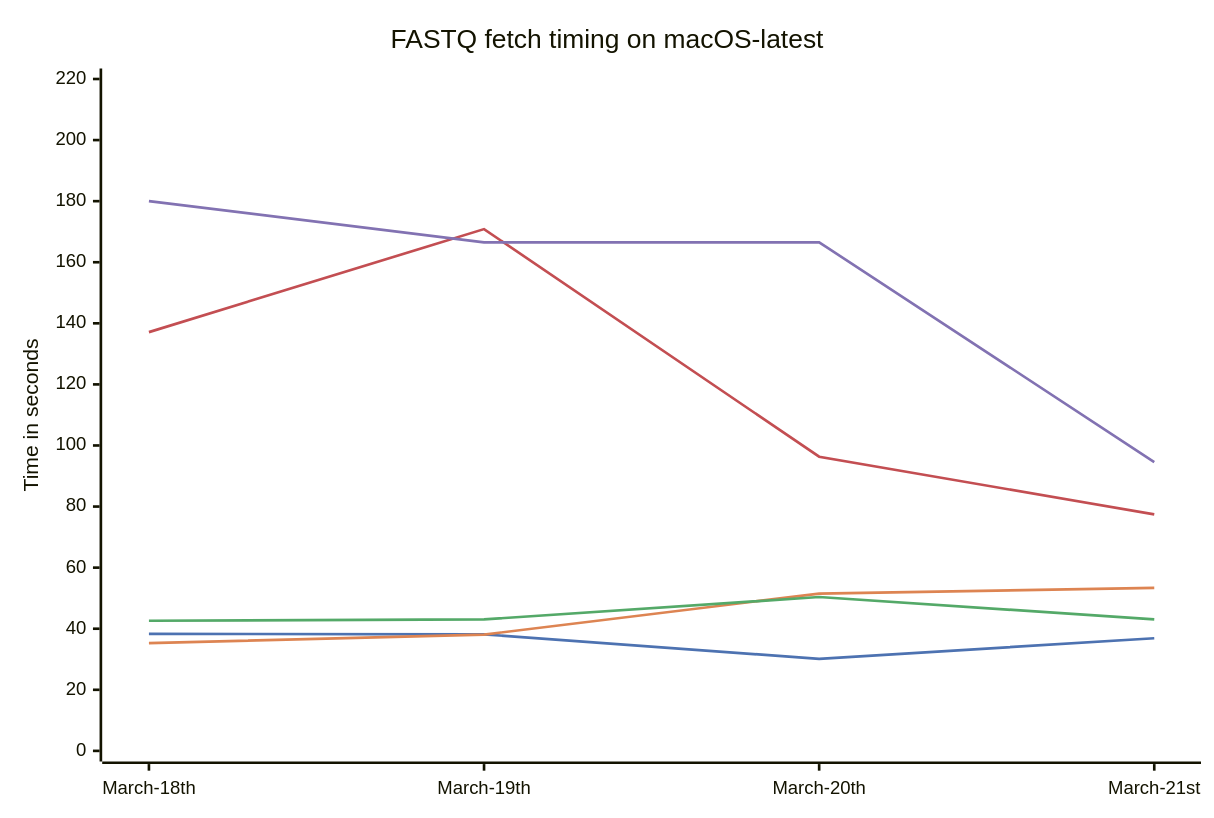
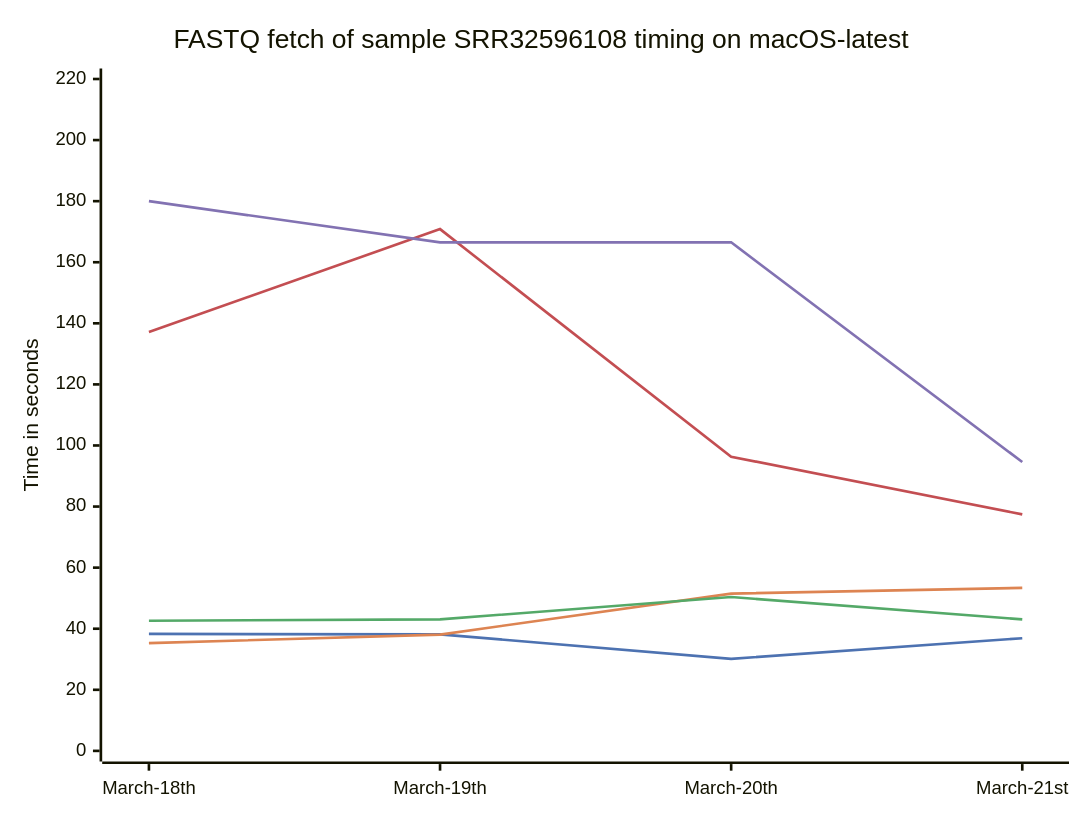
One commit to biermanr/Download_SRA_FASTQ_Benchmarks changed the diagram in README.md. Above: the diagram before and after it, drawn with Mermaid. The commit also changed other lines of this file, not shown here.

Commit message:
feat: Re-arrange README resize graph

````diff
--- a/README.md
+++ b/README.md
@@ -34,20 +12,20 @@
 ```mermaid
 ---
 config:
     xyChart:
-        width: 900
+        width: 800
         height: 600
     themeVariables:
         xyChart:
             plotColorPalette: "#4d72b1,#dd8452,#54a968,#c34e52,#8272b2"
 ---
 xychart-beta
-    title "FASTQ fetch timing on macOS-latest"
+    title "FASTQ fetch of sample SRR32596108 timing on macOS-latest"
     x-axis [March-18th, March-19th, March-20th, March-21st]
     y-axis "Time in seconds" 0 --> 220
     line "aria2c EBI" [ 38.31 , 38.14 , 30.13 , 36.88 , 26.61 ]
     line "prefetch, fasterq-dump" [ 35.28, 38.07, 51.50, 53.38, 37.13 ]
     line "aws, fasterq-dump" [ 42.61, 43.06, 50.37, 43.06, 41.17 ]
     line "fasterq-dump only" [ 137.12, 170.85, 96.33, 77.43, 142.32 ]
     line "fastq-dump only" [ 180.01 , 166.50 , 166.53 , 94.58 , 174.25 ]
  ```
````
